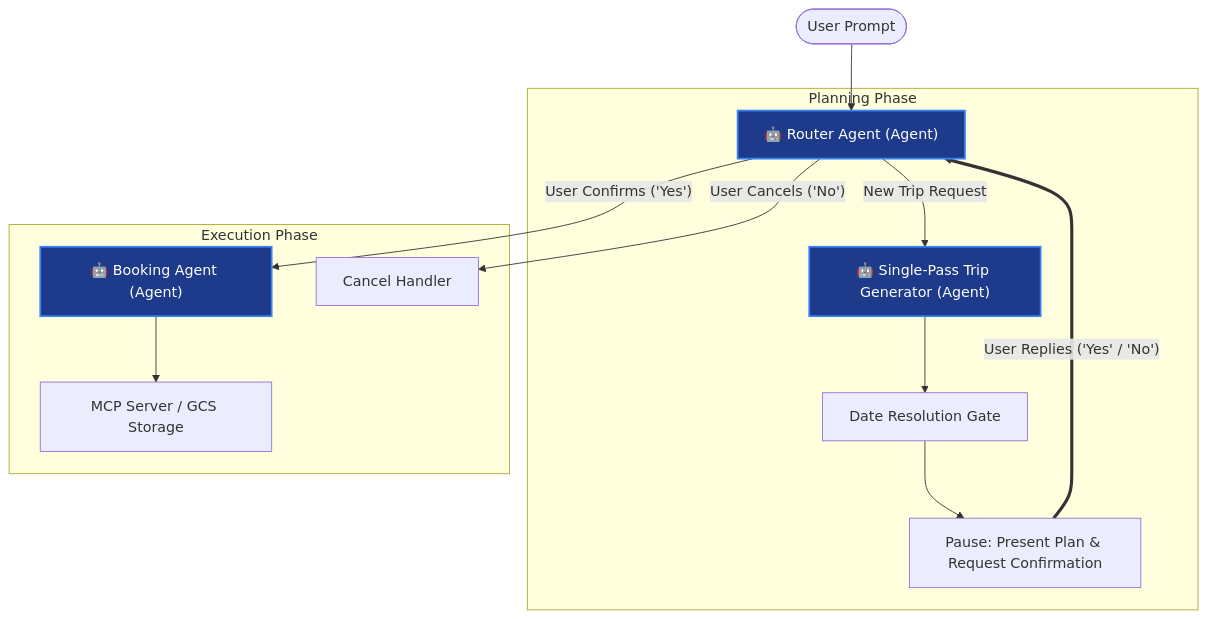
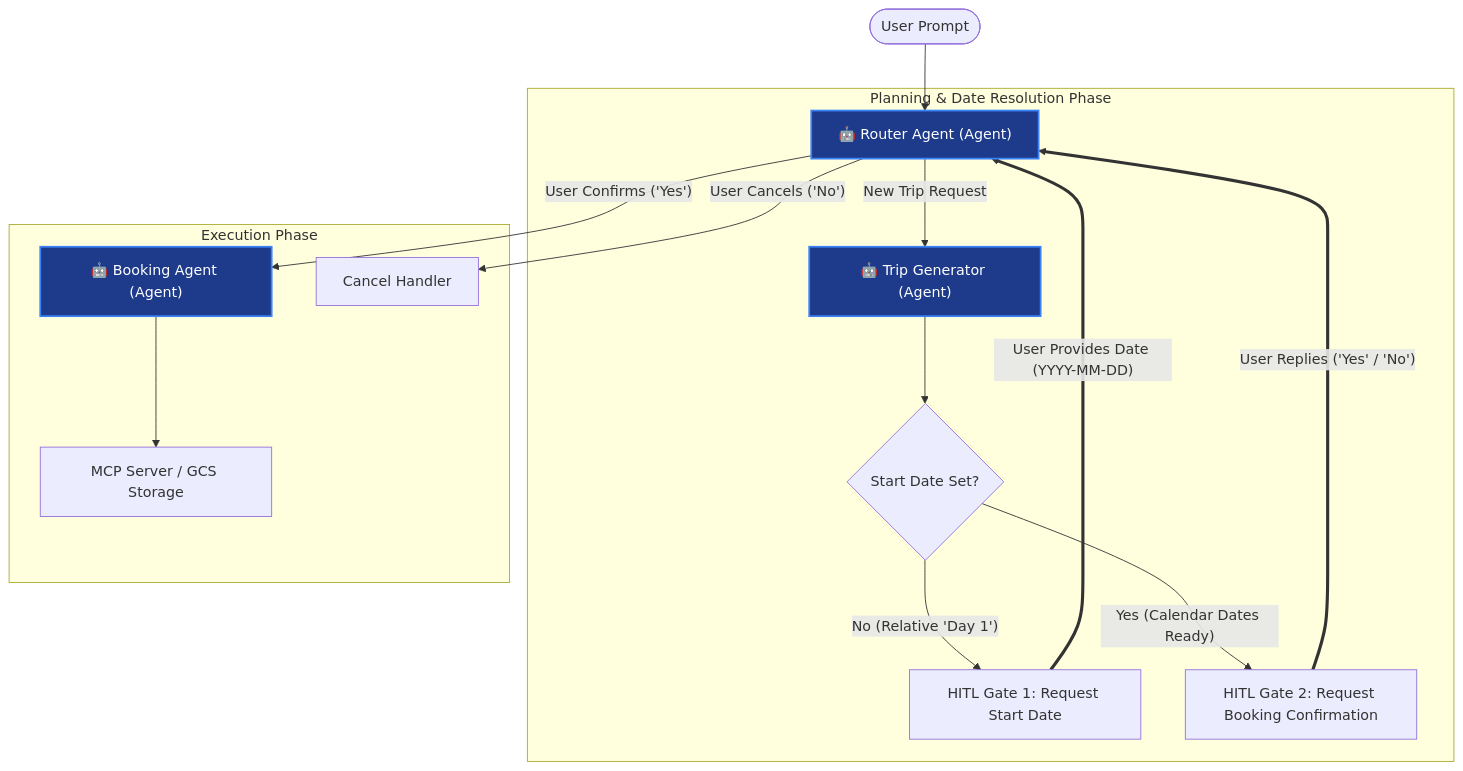
The diagram in README.md (rtannenbaum/agentic-trip-planner), drawn with Mermaid before and after one commit. The commit also changed 2 other files, not shown here.

Commit message:
Make trip start date prompt warm and user friendly

````diff
--- a/README.md
+++ b/README.md
@@ -86,21 +86,24 @@
 ```mermaid
 graph TD
     User([User Prompt]) --> Router["🤖 Router Agent (Agent)"]:::agentStyle
     
-    subgraph Planning Phase
-        Router -- "New Trip Request" --> TripGen["🤖 Single-Pass Trip Generator (Agent)"]:::agentStyle
-        TripGen --> DateGate[Date Resolution Gate]
-        DateGate --> Pause[Pause: Present Plan & Request Confirmation]
+    subgraph Planning & Date Resolution Phase
+        Router -- "New Trip Request" --> TripGen["🤖 Trip Generator (Agent)"]:::agentStyle
+        TripGen --> DateGate{Start Date Set?}
+        
+        DateGate -- "No (Relative 'Day 1')" --> Gate1["HITL Gate 1: Request Start Date"]
+        DateGate -- "Yes (Calendar Dates Ready)" --> Gate2["HITL Gate 2: Request Booking Confirmation"]
     end
     
     subgraph Execution Phase
         Router -- "User Confirms ('Yes')" --> BookAgent["🤖 Booking Agent (Agent)"]:::agentStyle
         Router -- "User Cancels ('No')" --> Cancel[Cancel Handler]
         
         BookAgent --> MCP[MCP Server / GCS Storage]
     end
     
-    Pause == "User Replies ('Yes' / 'No')" ==> Router
+    Gate1 == "User Provides Date (YYYY-MM-DD)" ==> Router
+    Gate2 == "User Replies ('Yes' / 'No')" ==> Router
 
     classDef agentStyle fill:#1e3a8a,stroke:#3b82f6,color:#ffffff,stroke-width:2px;
 ```
````
